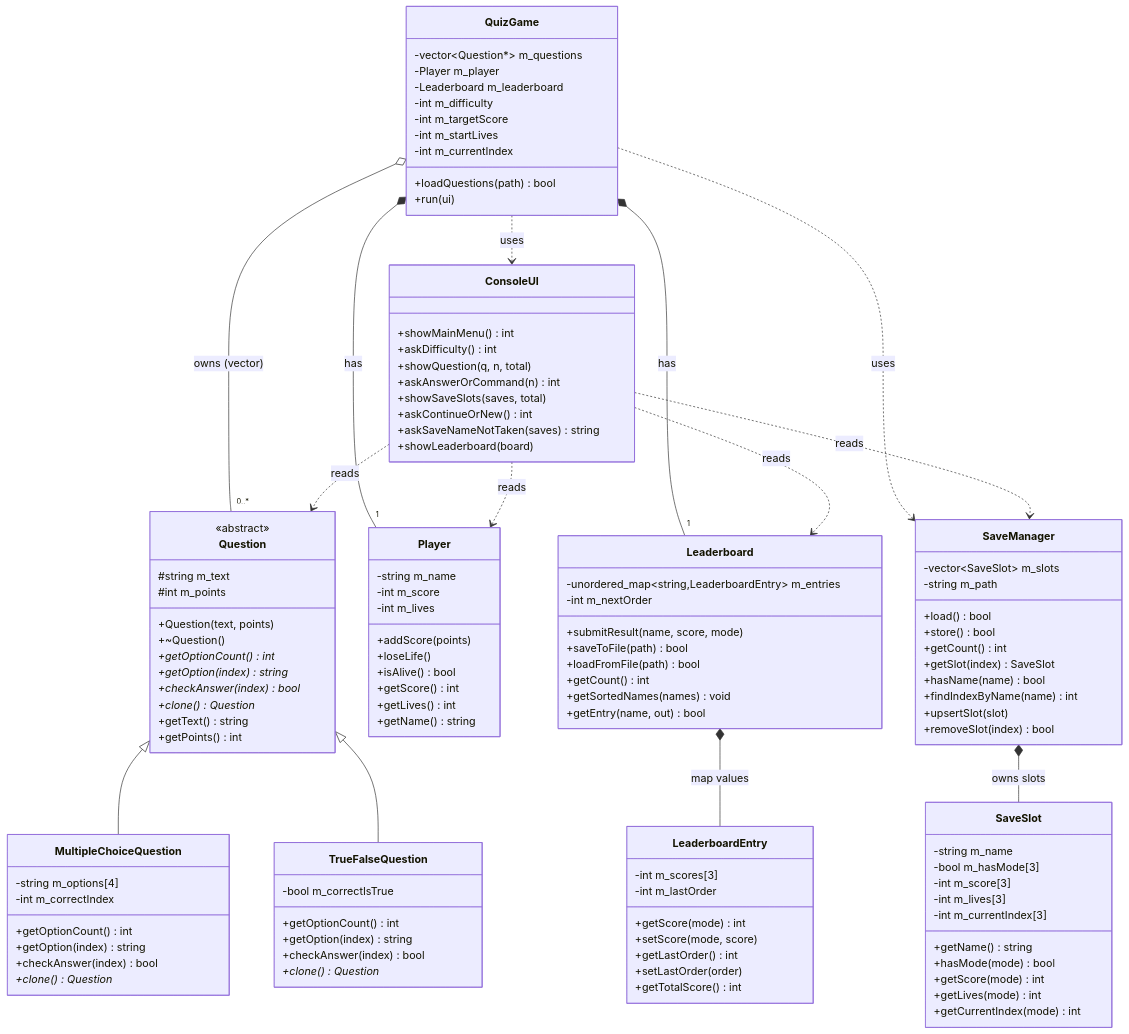
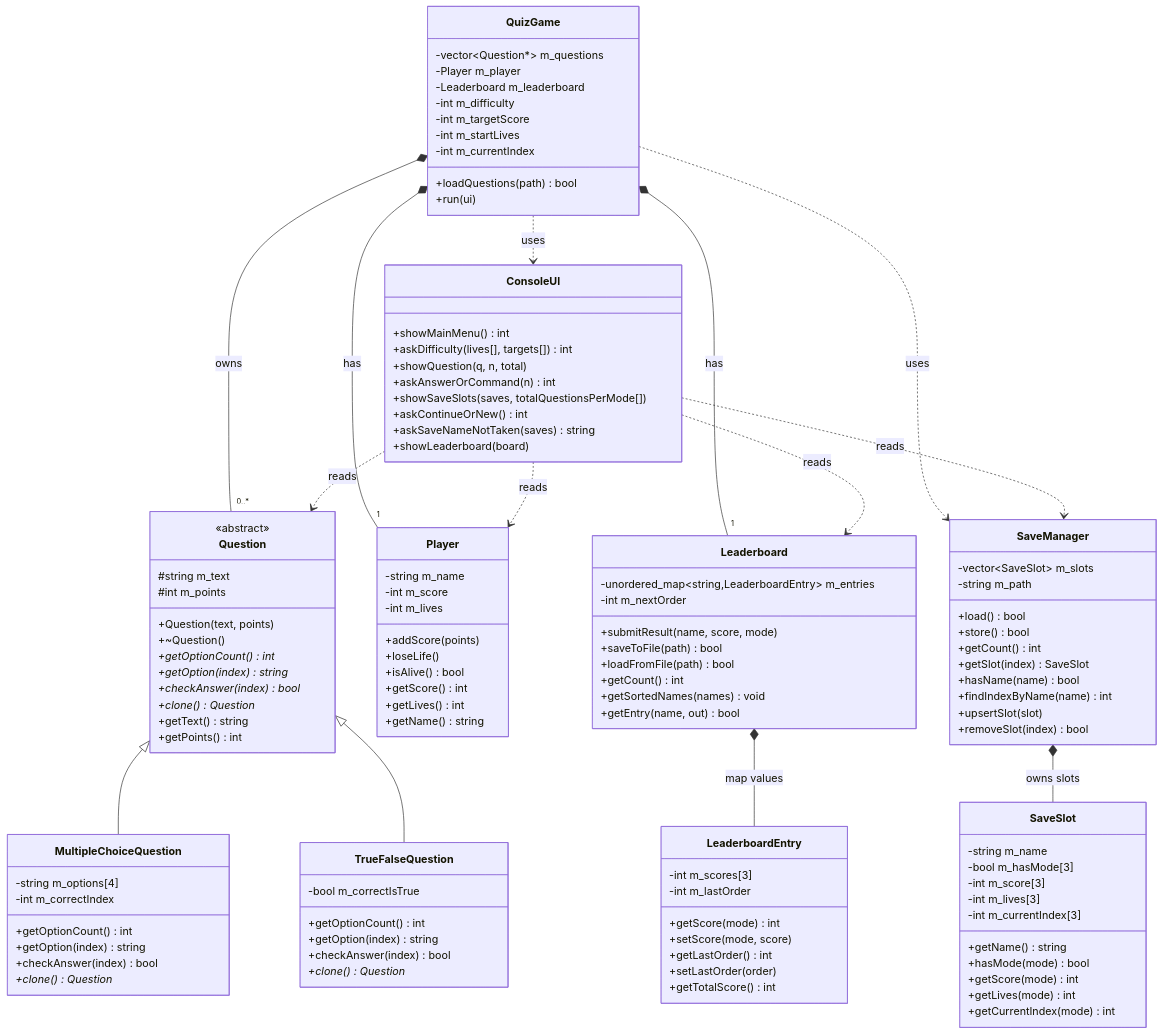
The diagram in md Files/uml_diagram.md (xGota7/Oop-Final-Project), drawn with Mermaid before and after one commit.

```diff
--- a/md Files/uml_diagram.md
+++ b/md Files/uml_diagram.md
@@ -114,10 +114,10 @@
 
     class ConsoleUI {
         +showMainMenu() int
-        +askDifficulty() int
+        +askDifficulty(lives[], targets[]) int
         +showQuestion(q, n, total)
         +askAnswerOrCommand(n) int
-        +showSaveSlots(saves, total)
+        +showSaveSlots(saves, totalQuestionsPerMode[])
         +askContinueOrNew() int
         +askSaveNameNotTaken(saves) string
         +showLeaderboard(board)
@@ -127,7 +127,7 @@
     SaveManager *-- SaveSlot : owns slots
     Question <|-- MultipleChoiceQuestion
     Question <|-- TrueFalseQuestion
-    QuizGame o-- "0..*" Question : owns (vector<Question*>)
+    QuizGame *-- "0..*" Question : owns
     QuizGame *-- "1" Player : has
     QuizGame *-- "1" Leaderboard : has
     QuizGame ..> SaveManager : uses
```
